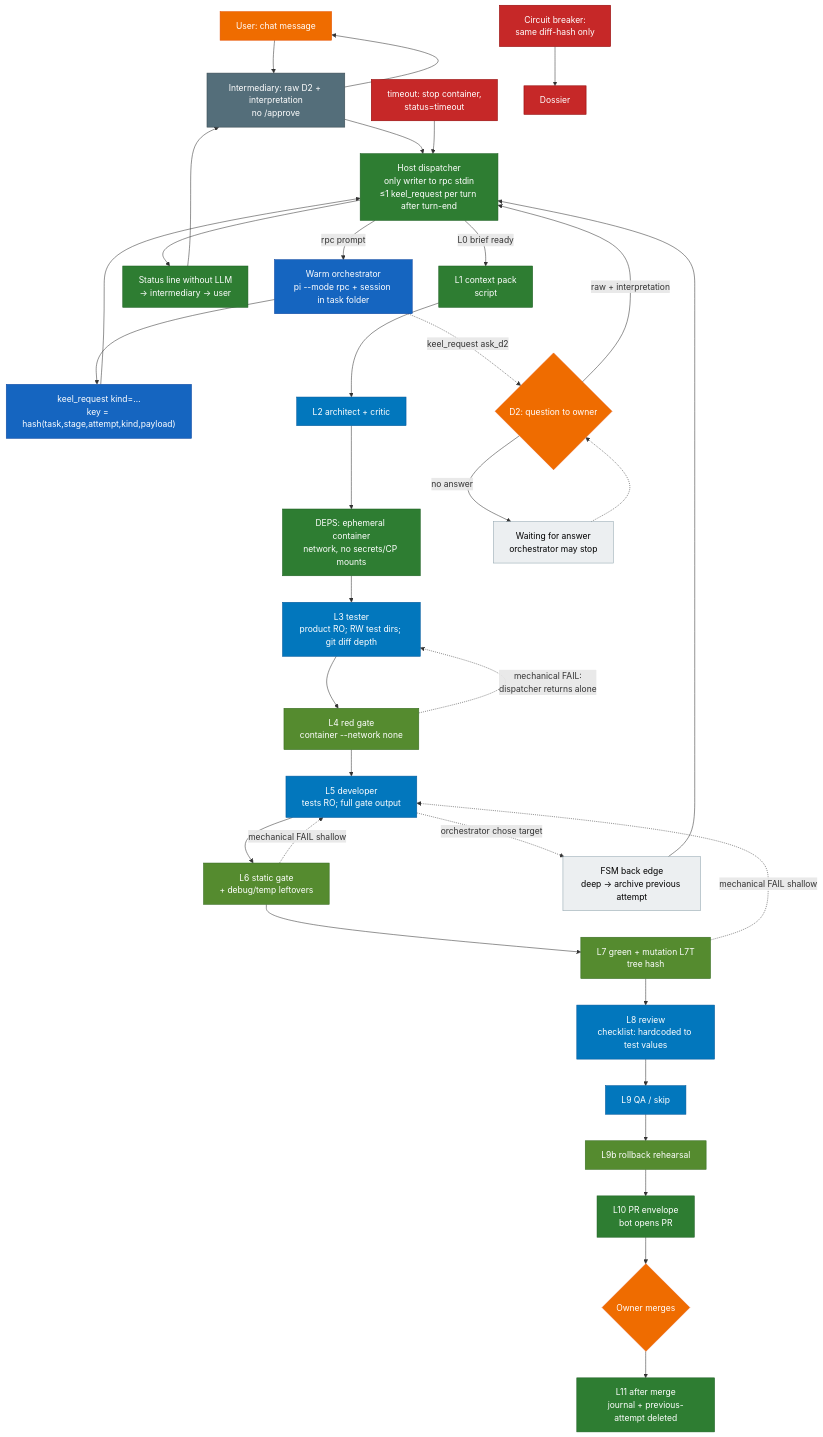
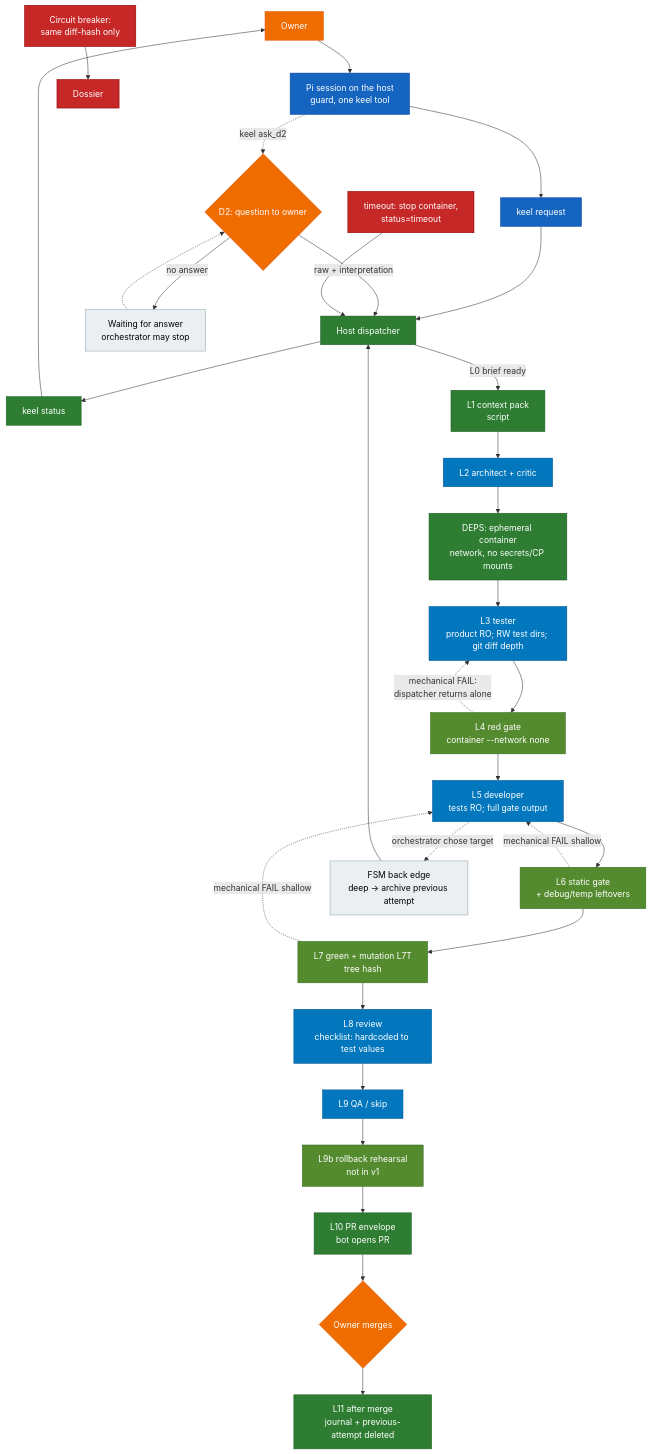
One commit to siarheirudak/rudax-keel changed the diagram in docs/harness/orchestrator-dispatcher.md. Above: the diagram before and after it, drawn with Mermaid. The commit also changed other lines of this file and 14 other files, not shown here.

````diff
--- a/docs/harness/orchestrator-dispatcher.md
+++ b/docs/harness/orchestrator-dispatcher.md
@@ -26,58 +26,55 @@
 ```mermaid
 flowchart TD
  classDef owner fill:#ef6c00,color:#fff,stroke:#e65100
  classDef mid fill:#546e7a,color:#fff,stroke:#37474f
  classDef orch fill:#1565c0,color:#fff,stroke:#0d47a1
  classDef disp fill:#2e7d32,color:#fff,stroke:#1b5e20
  classDef role fill:#0277bd,color:#fff,stroke:#01579b
  classDef gate fill:#558b2f,color:#fff,stroke:#33691e
  classDef stop fill:#c62828,color:#fff,stroke:#8e0000
  classDef note fill:#eceff1,color:#000,stroke:#90a4ae
 
- U["User: chat message"]:::owner
- I["Intermediary: raw D2 + interpretation<br/>no /approve"]:::mid
- D["Host dispatcher<br/>only writer to rpc stdin<br/>≤1 keel_request per turn after turn-end"]:::disp
- O["Warm orchestrator<br/>pi --mode rpc + session in task folder"]:::orch
- KR["keel_request kind=…<br/>key = hash(task,stage,attempt,kind,payload)"]:::orch
- SL["Status line without LLM<br/>→ intermediary → user"]:::disp
+ U["Owner"]:::owner
+ PI["Pi session on the host<br/>guard, one keel tool"]:::orch
+ REQ["keel request"]:::orch
+ D["Host dispatcher"]:::disp
+ SL["keel status"]:::disp
 
- U --> I --> D
- D -->|"rpc prompt"| O
- O --> KR --> D
- D --> SL --> I --> U
+ U --> PI --> REQ --> D
+ D --> SL --> U
 
  D -->|L0 brief ready| L1["L1 context pack<br/>script"]:::disp
  L1 --> L2["L2 architect + critic"]:::role
  L2 --> DEPS["DEPS: ephemeral container<br/>network, no secrets/CP mounts"]:::disp
  DEPS --> L3["L3 tester<br/>product RO; RW test dirs; git diff depth"]:::role
  L3 --> L4["L4 red gate<br/>container --network none"]:::gate
  L4 --> L5["L5 developer<br/>tests RO; full gate output"]:::role
  L5 --> L6["L6 static gate<br/>+ debug/temp leftovers"]:::gate
  L6 --> L7["L7 green + mutation L7T<br/>tree hash"]:::gate
  L7 --> L8["L8 review<br/>checklist: hardcoded to test values"]:::role
  L8 --> L9["L9 QA / skip"]:::role
- L9 --> L9B["L9b rollback rehearsal"]:::gate
+ L9 --> L9B["L9b rollback rehearsal<br/>not in v1"]:::gate
  L9B --> L10["L10 PR envelope<br/>bot opens PR"]:::disp
  L10 --> MERGE{"Owner merges"}:::owner
  MERGE --> L11["L11 after merge<br/>journal + previous-attempt deleted"]:::disp
 
  D2{"D2: question to owner"}:::owner
  WAIT["Waiting for answer<br/>orchestrator may stop"]:::note
- O -.->|keel_request ask_d2| D2
+ PI -.->|keel ask_d2| D2
  D2 -->|raw + interpretation| D
  D2 -->|no answer| WAIT
  WAIT -.-> D2
 
  BACK["FSM back edge<br/>deep → archive previous attempt"]:::note
  L5 -.->|orchestrator chose target| BACK
  L4 -.->|mechanical FAIL:<br/>dispatcher returns alone| L3
  L6 -.->|mechanical FAIL shallow| L5
  L7 -.->|mechanical FAIL shallow| L5
  BACK --> D
 
  CB["Circuit breaker:<br/>same diff-hash only"]:::stop
  TO["timeout: stop container,<br/>status=timeout"]:::stop
  DOS["Dossier"]:::stop
  CB --> DOS
  TO --> D
 ```
````
